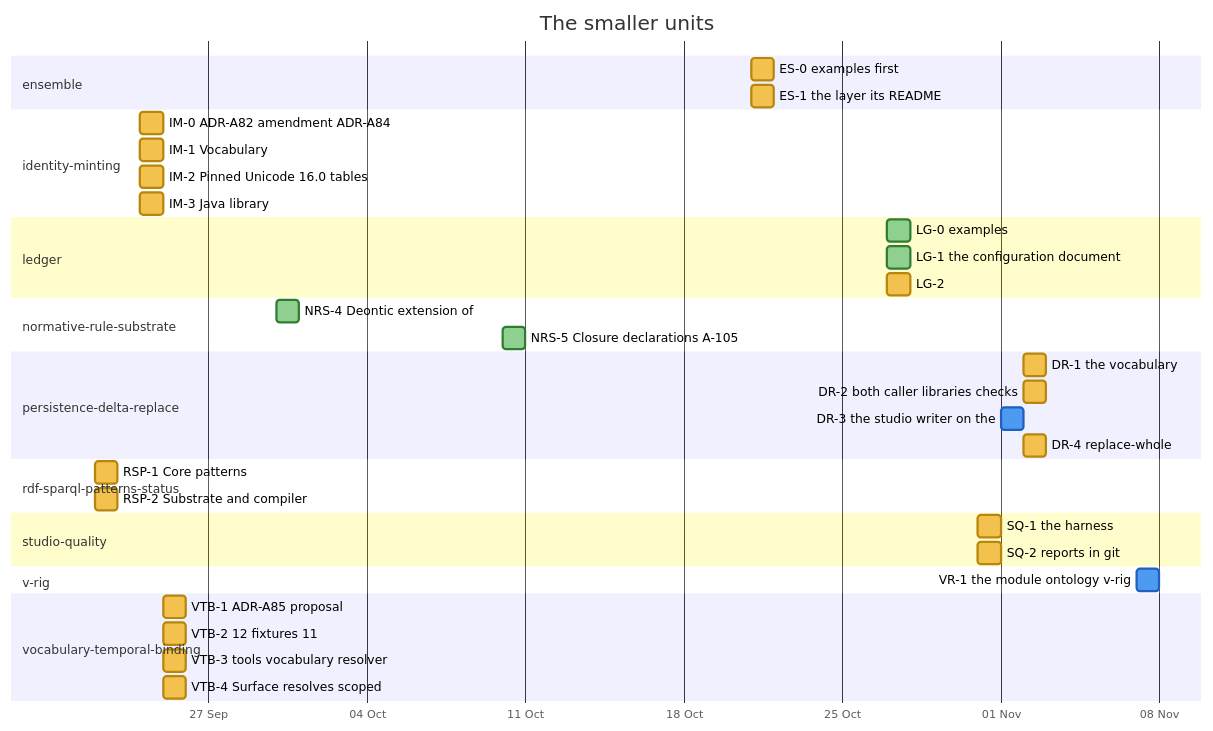
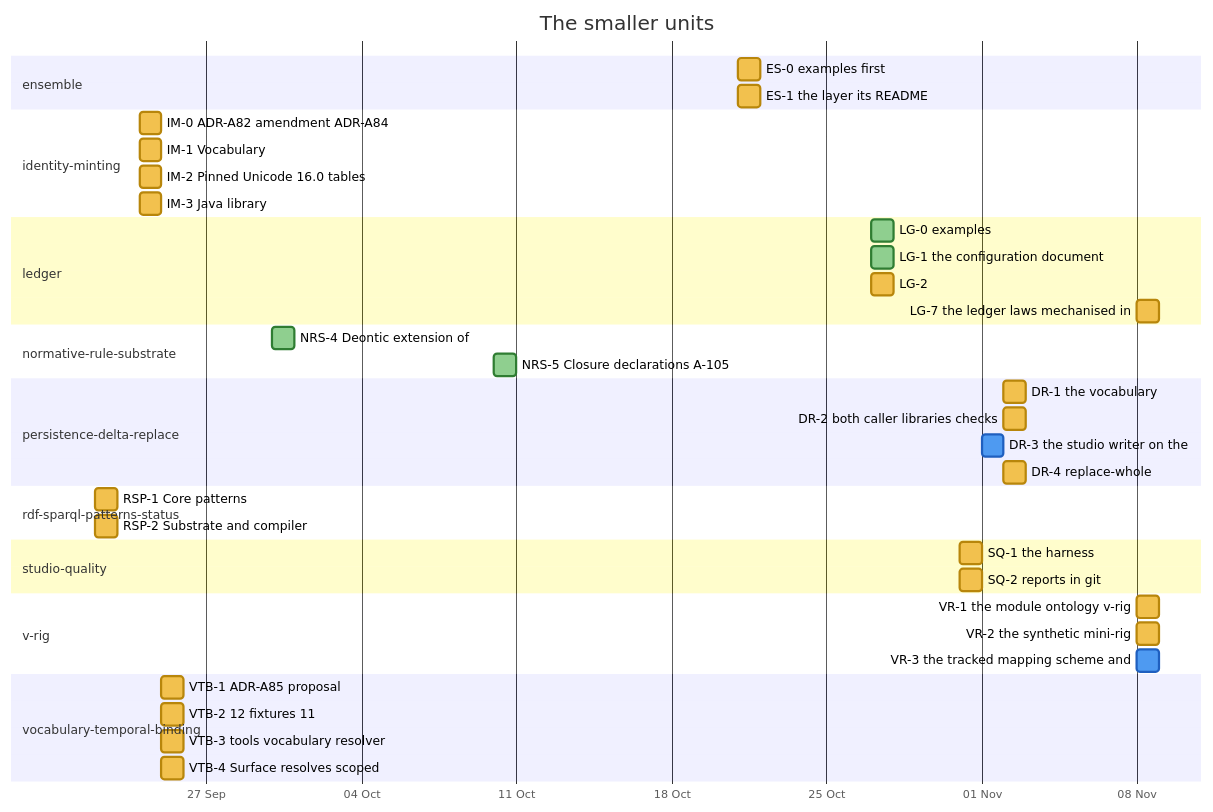
Before and after one commit to nebularis/lattice: diagram 20 of 29 in docs/developer/ROADMAP.md, drawn with Mermaid. The commit also changed other lines of this file and 27 other files, not shown here.

First line of the commit message:
[ledger] LG-7 built: the ledger laws mechanised in tools/proofs/ledger/

````diff
--- a/docs/developer/ROADMAP.md
+++ b/docs/developer/ROADMAP.md
@@ -537,40 +537,43 @@
 ```mermaid
 %%{init: {"themeVariables": {"taskBkgColor": "#f2c14e", "taskBorderColor": "#b8860b", "taskTextColor": "#000000", "activeTaskBkgColor": "#4e9af1", "activeTaskBorderColor": "#1f5fbf", "activeTaskBorderColor": "#1f5fbf", "doneTaskBkgColor": "#8fcf8f", "doneTaskBorderColor": "#2f7d32", "critBkgColor": "#f28b82", "critBorderColor": "#b23a30", "taskTextDarkColor": "#000000", "taskTextLightColor": "#000000"}}}%%
 gantt
     title The smaller units
     dateFormat YYYY-MM-DD
     axisFormat %d %b
     section ensemble
     ES-0 examples first :es0, 2026-10-21, 2026-10-22
     ES-1 the layer its README :es1, 2026-10-21, 2026-10-22
     section identity-minting
     IM-0 ADR-A82 amendment ADR-A84 :im0, 2026-09-24, 2026-09-25
     IM-1 Vocabulary :im1, 2026-09-24, 2026-09-25
     IM-2 Pinned Unicode 16.0 tables :im2, 2026-09-24, 2026-09-25
     IM-3 Java library :im3, 2026-09-24, 2026-09-25
     section ledger
     LG-0 examples :done, lg0, 2026-10-27, 2026-10-28
     LG-1 the configuration document :done, lg1, 2026-10-27, 2026-10-28
     LG-2 :lg2, 2026-10-27, 2026-10-28
+    LG-7 the ledger laws mechanised in :lg7, 2026-11-08, 2026-11-09
     section normative-rule-substrate
     NRS-4 Deontic extension of :done, nrs4, 2026-09-30, 2026-10-01
     NRS-5 Closure declarations A-105 :done, nrs5, 2026-10-10, 2026-10-11
     section persistence-delta-replace
     DR-1 the vocabulary :dr1, 2026-11-02, 2026-11-03
     DR-2 both caller libraries checks :dr2, 2026-11-02, 2026-11-03
     DR-3 the studio writer on the :active, dr3, 2026-11-01, 2026-11-02
     DR-4 replace-whole :dr4, 2026-11-02, 2026-11-03
     section rdf-sparql-patterns-status
     RSP-1 Core patterns :rsp1, 2026-09-22, 2026-09-23
     RSP-2 Substrate and compiler :rsp2, 2026-09-22, 2026-09-23
     section studio-quality
     SQ-1 the harness :sq1, 2026-10-31, 2026-11-01
     SQ-2 reports in git :sq2, 2026-10-31, 2026-11-01
     section v-rig
-    VR-1 the module ontology v-rig :active, vr1, 2026-11-07, 2026-11-08
+    VR-1 the module ontology v-rig :vr1, 2026-11-08, 2026-11-09
+    VR-2 the synthetic mini-rig :vr2, 2026-11-08, 2026-11-09
+    VR-3 the tracked mapping scheme and :active, vr3, 2026-11-08, 2026-11-09
     section vocabulary-temporal-binding
     VTB-1 ADR-A85 proposal :vtb1, 2026-09-25, 2026-09-26
     VTB-2 12 fixtures 11 :vtb2, 2026-09-25, 2026-09-26
     VTB-3 tools vocabulary resolver :vtb3, 2026-09-25, 2026-09-26
     VTB-4 Surface resolves scoped :vtb4, 2026-09-25, 2026-09-26
 ```
````
